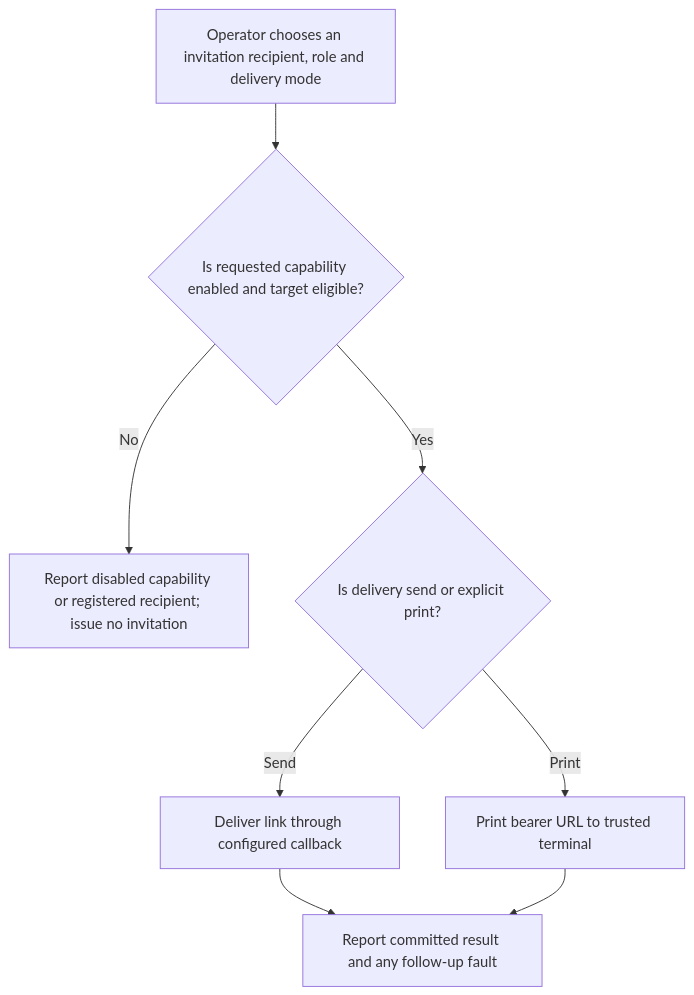
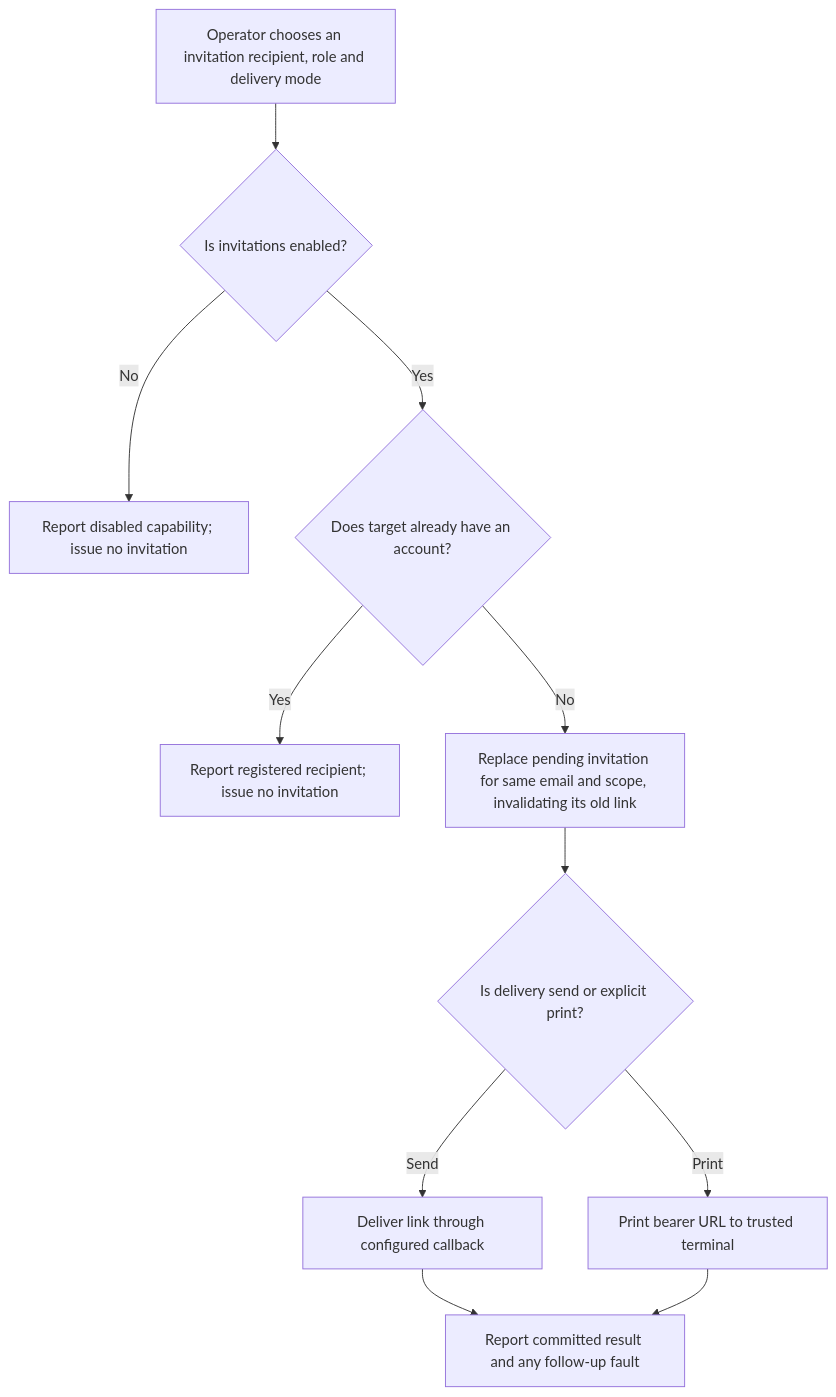
The first of 2 diagrams in user-stories/US-ACCOUNT-36-use-operator-account-commands.md (Kevinjohn/oss-adonisjs-account-kit), drawn with Mermaid before and after one commit. The commit also changed other lines of this file and 17 other files, not shown here.

````diff
--- a/user-stories/US-ACCOUNT-36-use-operator-account-commands.md
+++ b/user-stories/US-ACCOUNT-36-use-operator-account-commands.md
@@ -18,10 +18,13 @@
 ```mermaid
 flowchart TD
- A["Operator chooses an invitation recipient, role and delivery mode"] --> B{"Is requested capability enabled and target eligible?"}
- B -->|No| C["Report disabled capability or registered recipient; issue no invitation"]
- B -->|Yes| D{"Is delivery send or explicit print?"}
- D -->|Send| E["Deliver link through configured callback"]
- D -->|Print| F["Print bearer URL to trusted terminal"]
- E --> G["Report committed result and any follow-up fault"]
- F --> G
+ A["Operator chooses an invitation recipient, role and delivery mode"] --> B{"Is invitations enabled?"}
+ B -->|No| C["Report disabled capability; issue no invitation"]
+ B -->|Yes| D{"Does target already have an account?"}
+ D -->|Yes| E["Report registered recipient; issue no invitation"]
+ D -->|No| F["Replace pending invitation for same email and scope, invalidating its old link"]
+ F --> G{"Is delivery send or explicit print?"}
+ G -->|Send| H["Deliver link through configured callback"]
+ G -->|Print| I["Print bearer URL to trusted terminal"]
+ H --> J["Report committed result and any follow-up fault"]
+ I --> J
 ```
````
